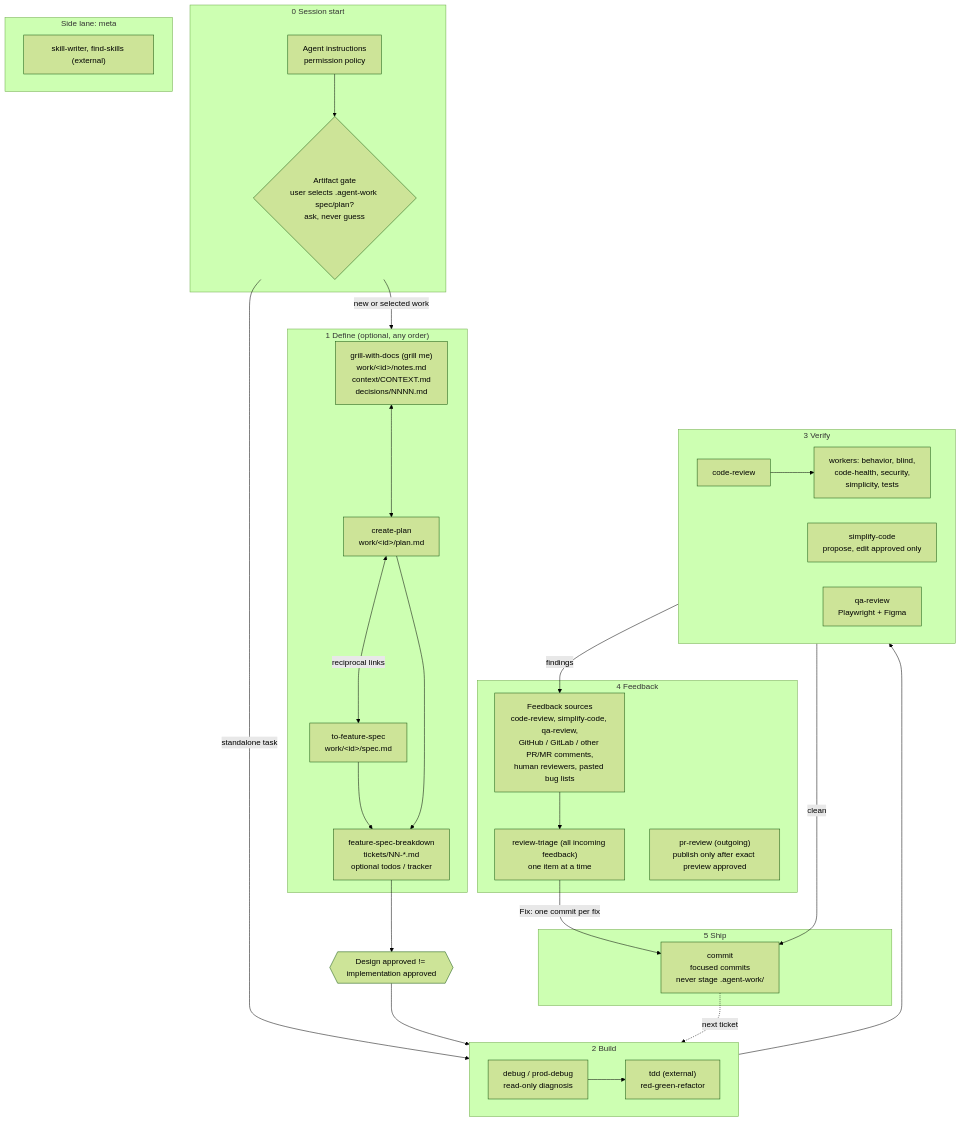
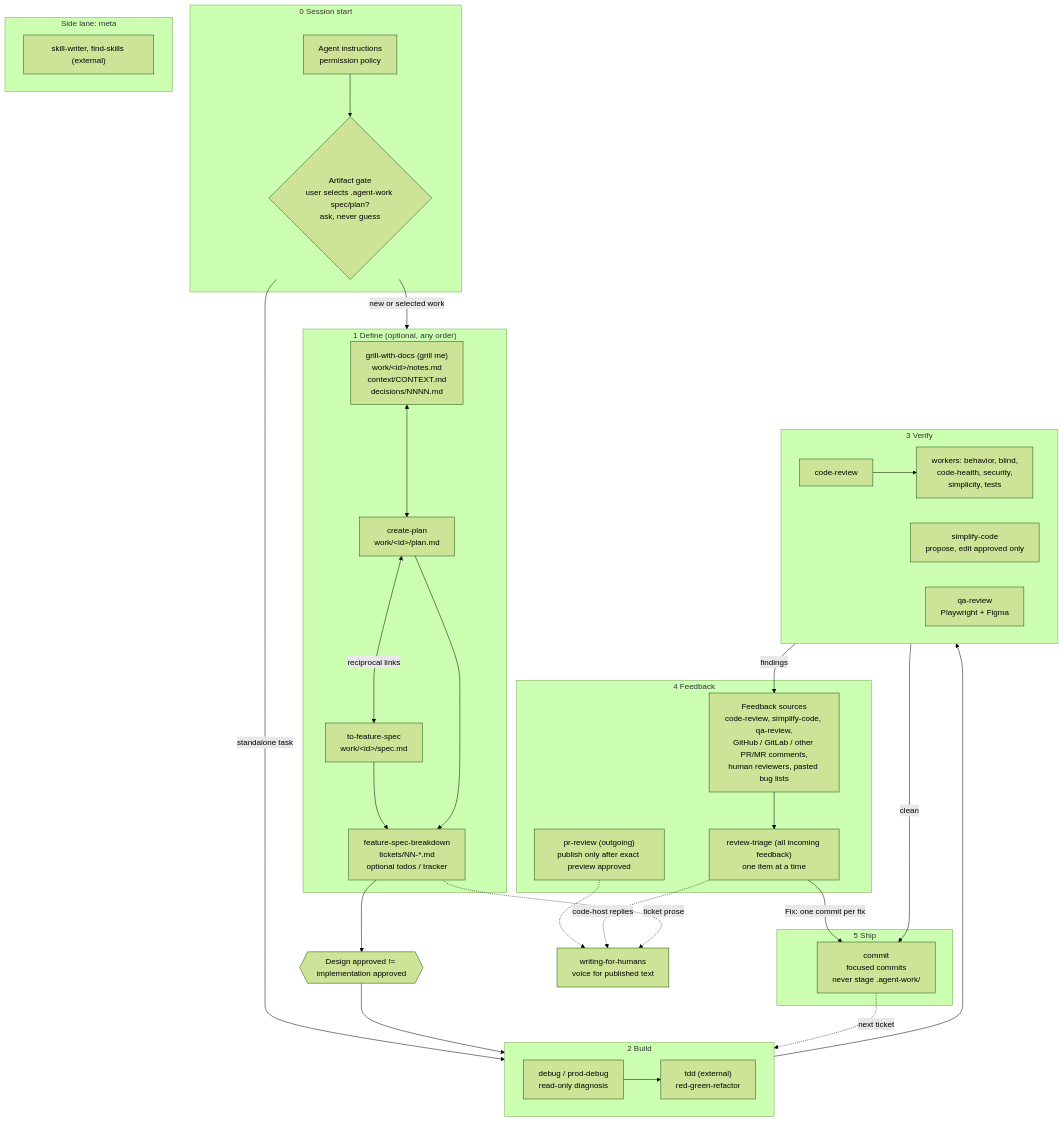
Before and after one commit to drosam/agents: the diagram in README.md, drawn with Mermaid (forest theme). The commit also changed other lines of this file and 7 other files, not shown here.

Commit message:
Add writing-for-humans skill for published comments, PRs, tickets and chat

````diff
--- a/README.md
+++ b/README.md
@@ -14,59 +14,64 @@
 ```mermaid
 flowchart TD
     subgraph S0["0 Session start"]
         rules["Agent instructions<br/>permission policy"]
         gate{"Artifact gate<br/>user selects .agent-work spec/plan?<br/>ask, never guess"}
         rules --> gate
     end
 
     subgraph S1["1 Define (optional, any order)"]
         grill["grill-with-docs (grill me)<br/>work/&lt;id&gt;/notes.md<br/>context/CONTEXT.md<br/>decisions/NNNN.md"]
         plan["create-plan<br/>work/&lt;id&gt;/plan.md"]
         spec["to-feature-spec<br/>work/&lt;id&gt;/spec.md"]
         breakdown["feature-spec-breakdown<br/>tickets/NN-*.md<br/>optional todos / tracker"]
         grill <--> plan
         plan <-->|reciprocal links| spec
         spec --> breakdown
         plan --> breakdown
     end
 
     approve{{"Design approved != implementation approved"}}
 
     subgraph S2["2 Build"]
         tdd["tdd (external)<br/>red-green-refactor"]
         debug["debug / prod-debug<br/>read-only diagnosis"]
     end
 
     subgraph S3["3 Verify"]
         review["code-review"]
         workers["workers: behavior, blind,<br/>code-health, security,<br/>simplicity, tests"]
         simplify["simplify-code<br/>propose, edit approved only"]
         qa["qa-review<br/>Playwright + Figma"]
         review --> workers
     end
 
     subgraph S4["4 Feedback"]
         triage["review-triage (all incoming feedback)<br/>one item at a time"]
         sources["Feedback sources<br/>code-review, simplify-code, qa-review,<br/>GitHub / GitLab / other PR/MR comments,<br/>human reviewers, pasted bug lists"]
         sources --> triage
         prr["pr-review (outgoing)<br/>publish only after exact preview approved"]
     end
 
     subgraph S5["5 Ship"]
         commit["commit<br/>focused commits<br/>never stage .agent-work/"]
     end
 
     subgraph META["Side lane: meta"]
         meta["skill-writer, find-skills (external)"]
     end
 
+    voice["writing-for-humans<br/>voice for published text"]
+    prr -.-> voice
+    triage -.->|code-host replies| voice
+    breakdown -.->|ticket prose| voice
+
     gate -->|new or selected work| S1
     gate -->|standalone task| S2
     breakdown --> approve --> S2
     debug --> tdd
     S2 --> S3
     S3 -->|findings| sources
     triage -->|Fix: one commit per fix| commit
     S3 -->|clean| commit
     commit -.->|next ticket| S2
 ```
````
